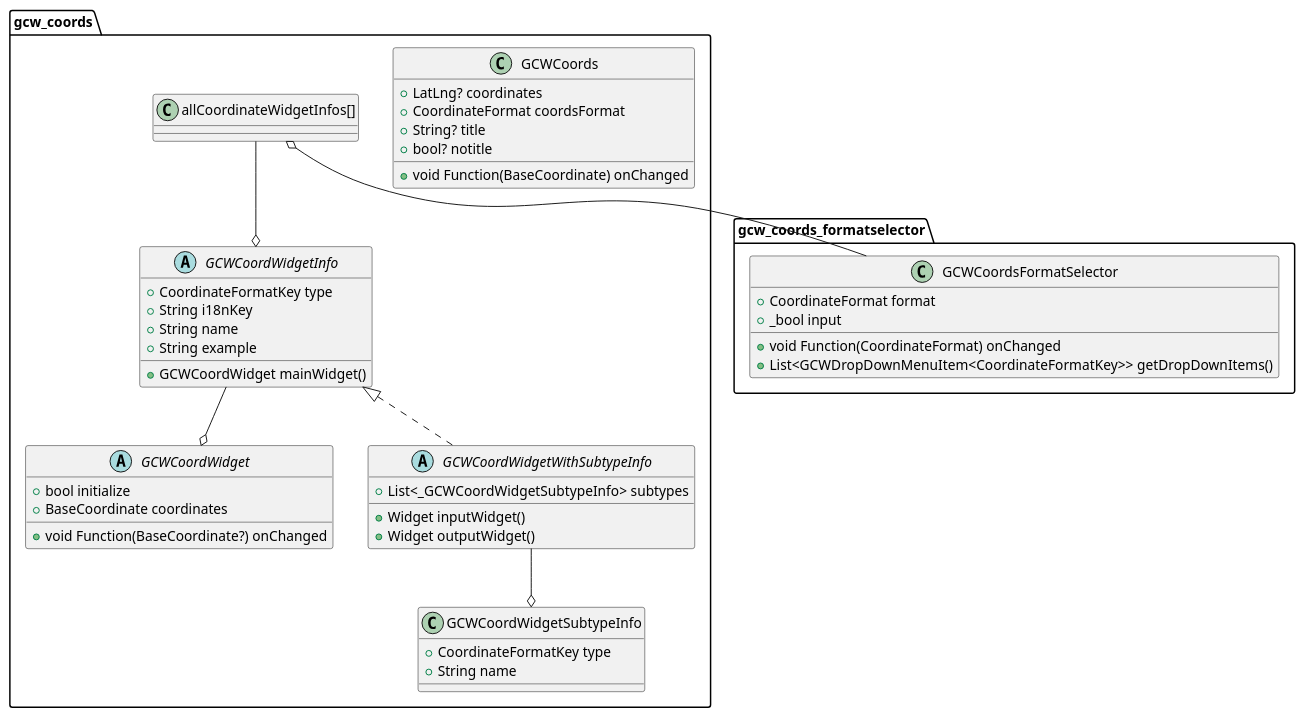
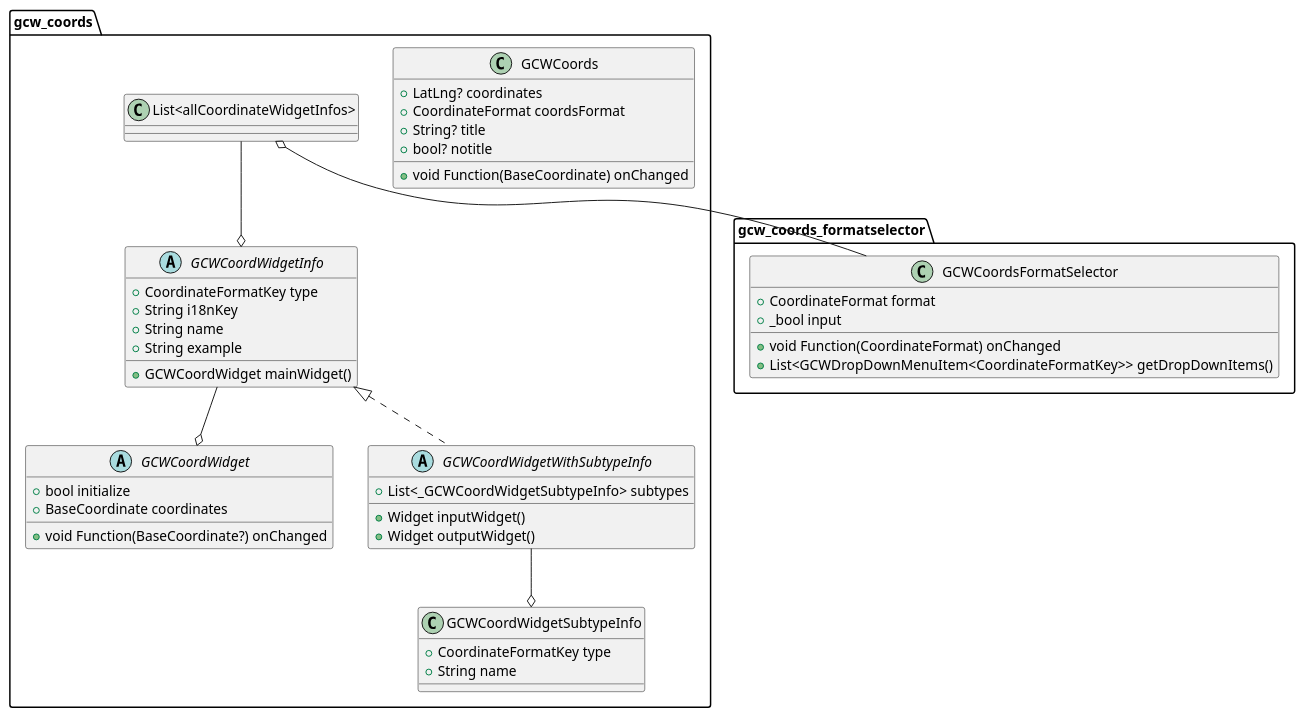
One commit to S-Man42/GCWizard changed the diagram in lib/tools/coords/_common/widget/coordinates.puml. Above: the diagram before and after it, drawn with PlantUML. The commit also changed 1 other file, not shown here.

```diff
--- a/lib/tools/coords/_common/widget/coordinates.puml
+++ b/lib/tools/coords/_common/widget/coordinates.puml
@@ -1,50 +1,50 @@
 @startuml
 'https://plantuml.com/sequence-diagram
 
 class "gcw_coords_formatselector.GCWCoordsFormatSelector" {
   +void Function(CoordinateFormat) onChanged
   +CoordinateFormat format
   +_bool input
   +List<GCWDropDownMenuItem<CoordinateFormatKey>> getDropDownItems()
 }
 
 abstract class "gcw_coords.GCWCoordWidget" {
   +bool initialize
   +BaseCoordinate coordinates
   +void Function(BaseCoordinate?) onChanged
 }
 
 abstract class "gcw_coords.GCWCoordWidgetInfo" {
   +CoordinateFormatKey type
   +String i18nKey
   +String name
   +String example
   +GCWCoordWidget mainWidget()
 }
 
 class "gcw_coords.GCWCoordWidgetSubtypeInfo" {
   +CoordinateFormatKey type
   +String name
 }
 
 abstract class "gcw_coords.GCWCoordWidgetWithSubtypeInfo" {
   +List<_GCWCoordWidgetSubtypeInfo> subtypes
   +Widget inputWidget()
   +Widget outputWidget()
 }
 "gcw_coords.GCWCoordWidgetInfo" <|.. "gcw_coords.GCWCoordWidgetWithSubtypeInfo"
 "gcw_coords.GCWCoordWidgetWithSubtypeInfo" --o "gcw_coords.GCWCoordWidgetSubtypeInfo"
 
 
 class "gcw_coords.GCWCoords" {
   +void Function(BaseCoordinate) onChanged
   +LatLng? coordinates
   +CoordinateFormat coordsFormat
   +String? title
   +bool? notitle
 }
 
-"gcw_coords.allCoordinateWidgetInfos[]" --o "gcw_coords.GCWCoordWidgetInfo"
-"gcw_coords.allCoordinateWidgetInfos[]" o-- "gcw_coords_formatselector.GCWCoordsFormatSelector"
+"gcw_coords.List<allCoordinateWidgetInfos>" --o "gcw_coords.GCWCoordWidgetInfo"
+"gcw_coords.List<allCoordinateWidgetInfos>" o-- "gcw_coords_formatselector.GCWCoordsFormatSelector"
 "gcw_coords.GCWCoordWidgetInfo" --o "gcw_coords.GCWCoordWidget"
 @enduml
```
